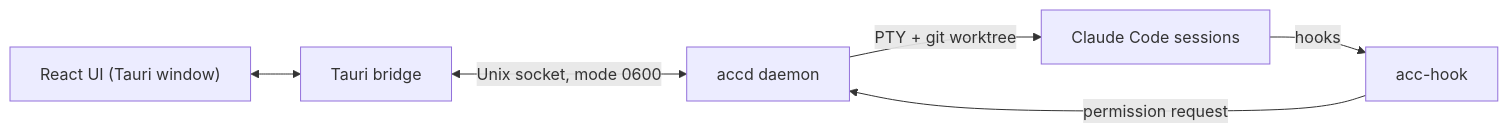
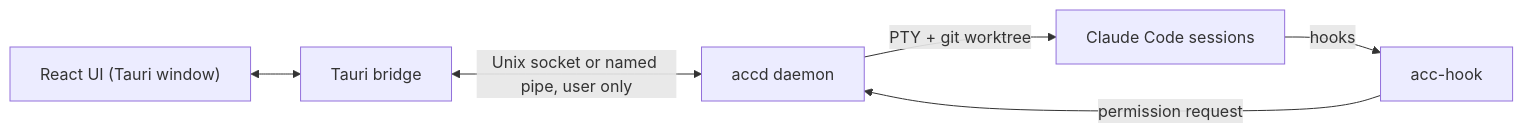
Before and after one commit to Husnain-Asharf/agent-control-center: the diagram in docs/architecture.md, drawn with Mermaid. The commit also changed other lines of this file and 7 other files, not shown here.

````diff
--- a/docs/architecture.md
+++ b/docs/architecture.md
@@ -5,8 +5,8 @@
 ```mermaid
 flowchart LR
     UI["React UI (Tauri window)"] <--> Bridge["Tauri bridge"]
-    Bridge <-->|"Unix socket, mode 0600"| Accd["accd daemon"]
+    Bridge <-->|"Unix socket or named pipe, user only"| Accd["accd daemon"]
     Accd -->|"PTY + git worktree"| Claude["Claude Code sessions"]
     Claude -->|"hooks"| Hook["acc-hook"]
     Hook -->|"permission request"| Accd
 ```
````
